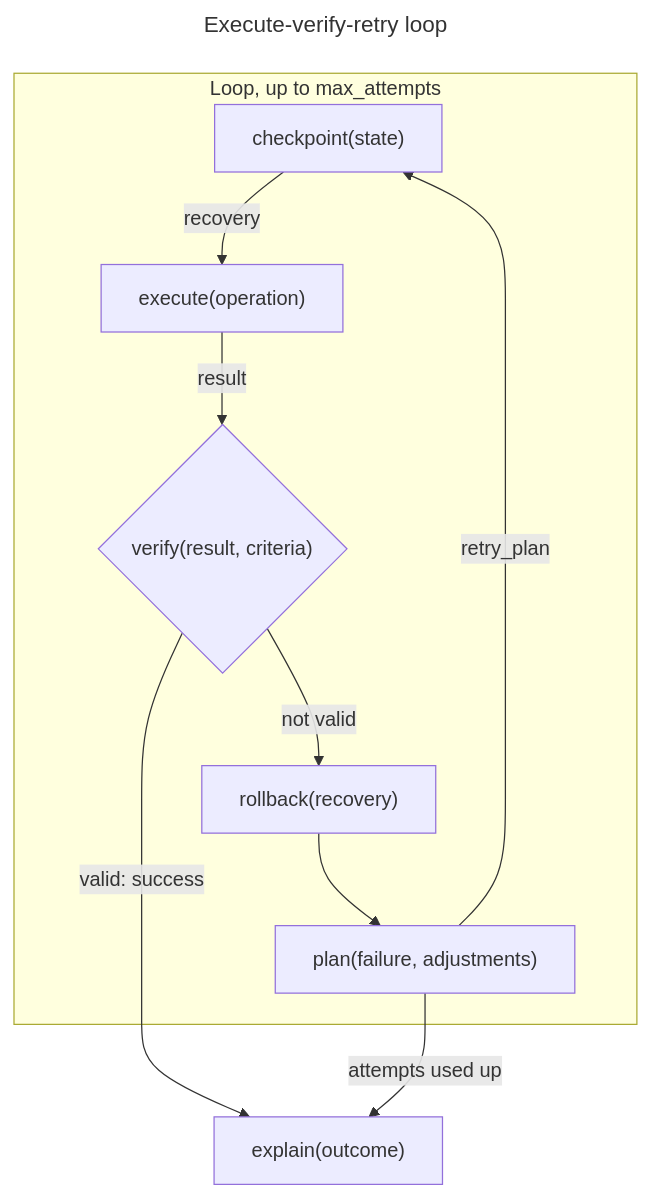
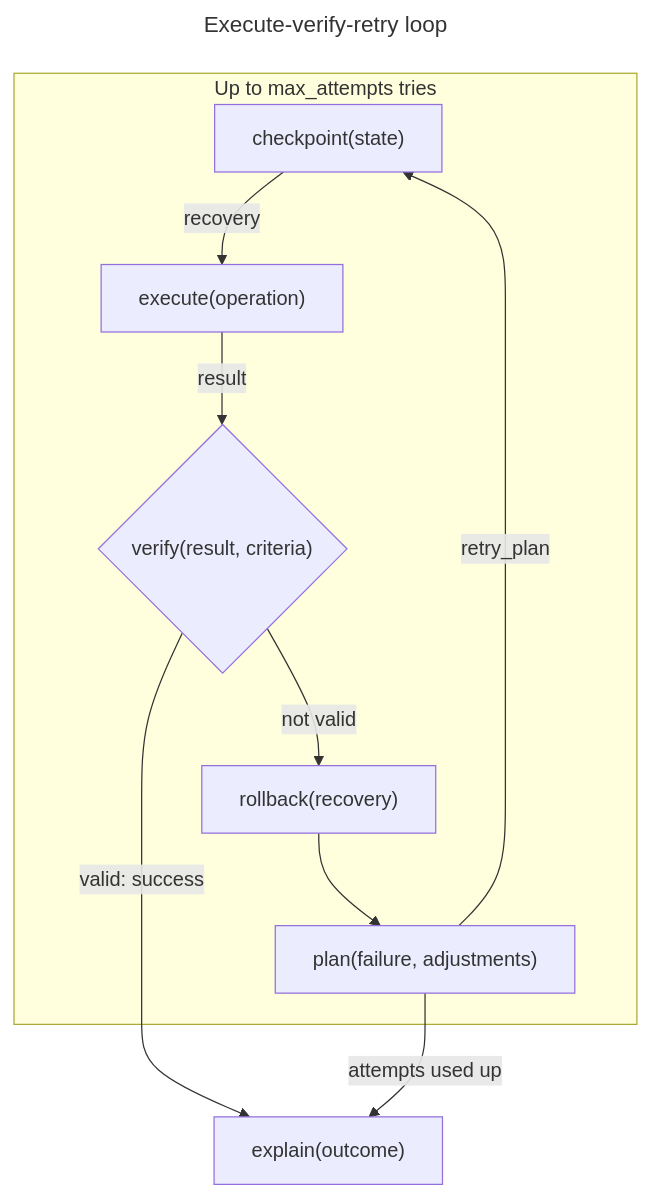
Before and after one commit to synaptiai/agent-capability-standard: the sixth of 10 diagrams in docs/WORKFLOW_PATTERNS.md, drawn with Mermaid.

Commit message:
docs: shorten the retry loop group name so it wraps cleanly on a phone
Refs #125

Claude-Session: https://claude.ai/code/session_01Jea2Va3FATnCydAsWsbLXR

````diff
--- a/docs/WORKFLOW_PATTERNS.md
+++ b/docs/WORKFLOW_PATTERNS.md
@@ -313,16 +313,16 @@
 ```mermaid
 ---
 title: Execute-verify-retry loop
 ---
 flowchart TB
   accDescr: Each attempt saves a checkpoint, executes and verifies; a failed check rolls back and plans the next attempt, and explain reports the outcome on success or once the attempts run out.
-  subgraph attempt [Loop, up to max_attempts]
+  subgraph attempt [Up to max_attempts tries]
     checkpoint["checkpoint(state)"] -->|recovery| execute["execute(operation)"]
     execute -->|result| verify{"verify(result, criteria)"}
     verify -->|not valid| rollback["rollback(recovery)"]
     rollback --> replan["plan(failure, adjustments)"]
     replan -->|retry_plan| checkpoint
   end
   verify -->|valid: success| explain["explain(outcome)"]
   replan -->|attempts used up| explain
 ```
````
